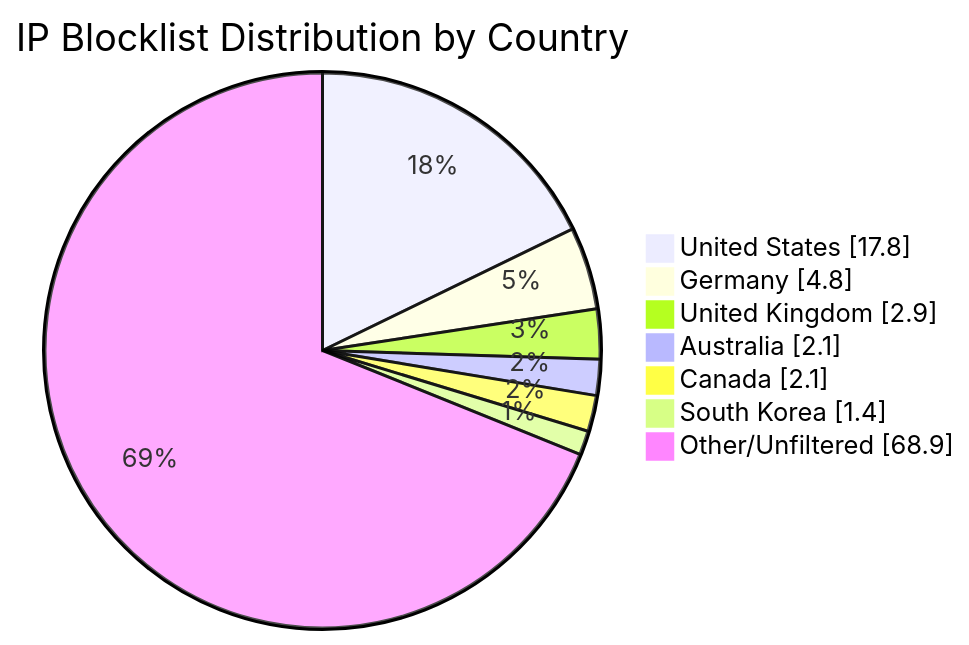
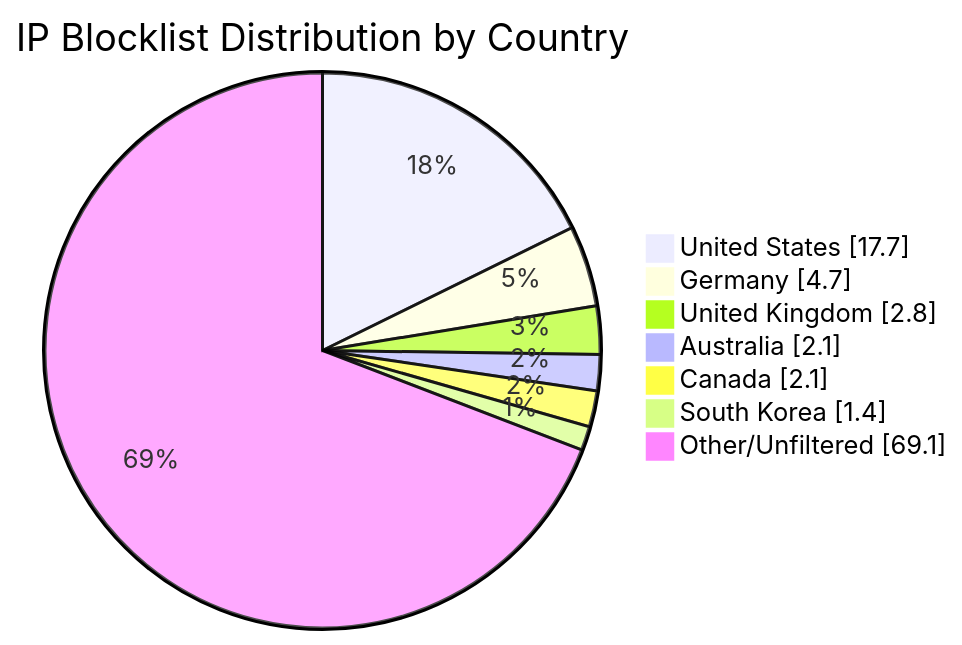
The diagram in README.md (MarcusHoltz/ipblocklist-geofiltered-aggregator), drawn with Mermaid before and after one commit. The commit also changed other lines of this file and 9 other files, not shown here.

````diff
--- a/README.md
+++ b/README.md
@@ -34,10 +34,10 @@
 ```mermaid
 pie showData title IP Blocklist Distribution by Country
-"United States" : 17.8
-"Germany" : 4.8
-"United Kingdom" : 2.9
+"United States" : 17.7
+"Germany" : 4.7
+"United Kingdom" : 2.8
 "Australia" : 2.1
 "Canada" : 2.1
 "South Korea" : 1.4
-"Other/Unfiltered" : 68.9
+"Other/Unfiltered" : 69.1
 ```
````
